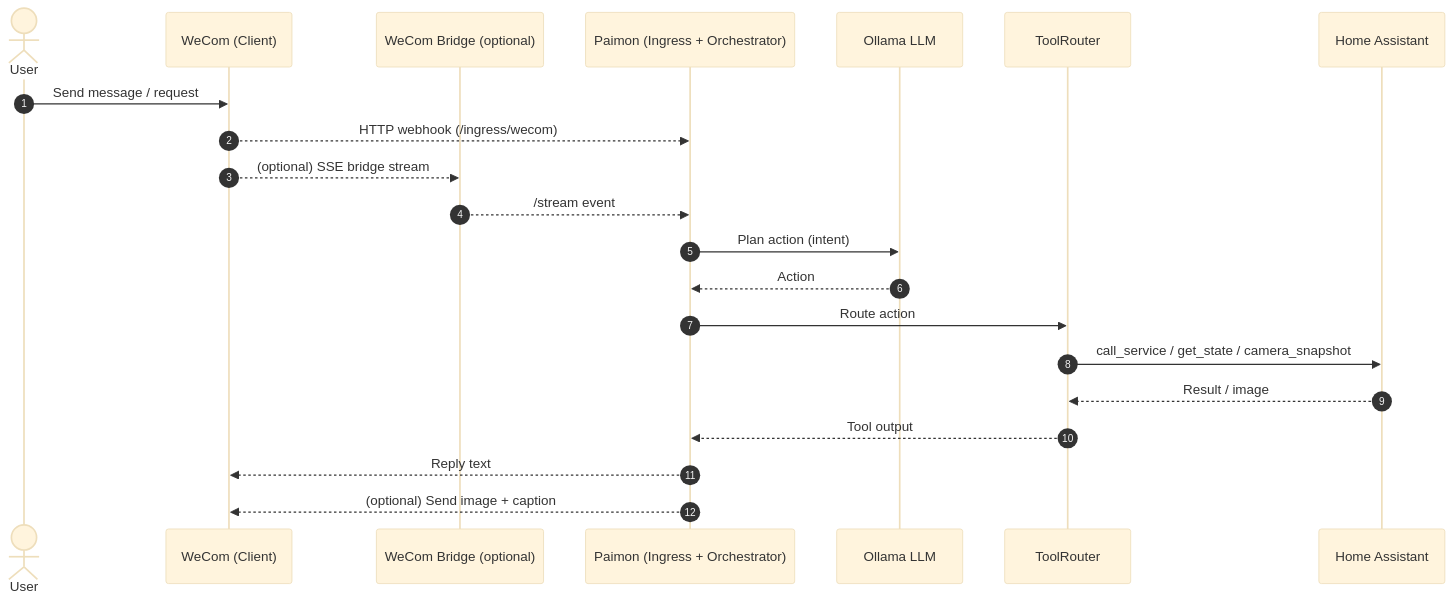
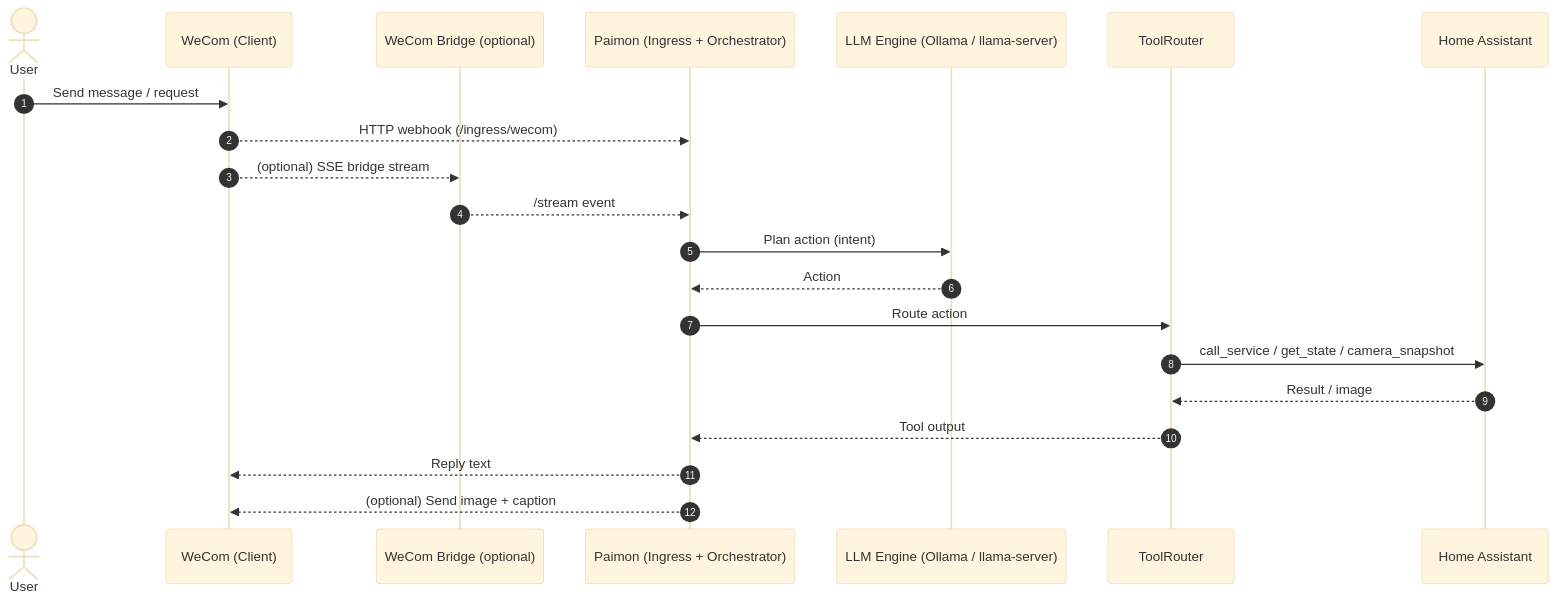
One commit to Tennen/Paimon changed the diagram in README.md. Above: the diagram before and after it, drawn with Mermaid (base theme). The commit also changed other lines of this file and 11 other files, not shown here.

Commit message:
feat: add llama-server provider and macOS daemon tooling

````diff
--- a/README.md
+++ b/README.md
@@ -7,24 +7,24 @@
 ```mermaid
 sequenceDiagram
   autonumber
   actor User
   participant WeCom as WeCom (Client)
   participant Bridge as WeCom Bridge (optional)
   participant Paimon as Paimon (Ingress + Orchestrator)
-  participant LLM as Ollama LLM
+  participant LLM as LLM Engine (Ollama / llama-server)
   participant Tools as ToolRouter
   participant HA as Home Assistant
 
   User->>WeCom: Send message / request
   WeCom-->>Paimon: HTTP webhook (/ingress/wecom)
   WeCom-->>Bridge: (optional) SSE bridge stream
   Bridge-->>Paimon: /stream event
   Paimon->>LLM: Plan action (intent)
   LLM-->>Paimon: Action
   Paimon->>Tools: Route action
   Tools->>HA: call_service / get_state / camera_snapshot
   HA-->>Tools: Result / image
   Tools-->>Paimon: Tool output
   Paimon-->>WeCom: Reply text
   Paimon-->>WeCom: (optional) Send image + caption
 ```
````
